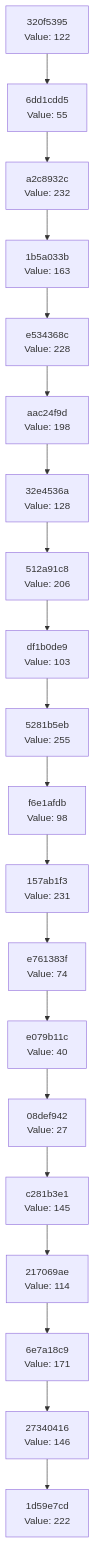
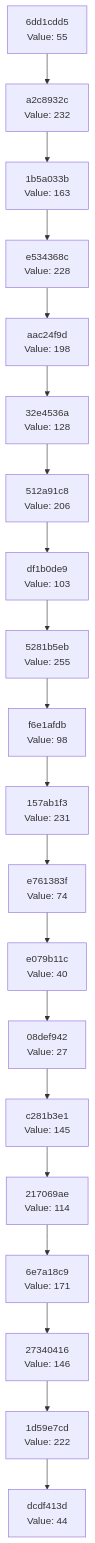
One commit to Abhisheksinha1506/hash-chain-evolver changed the diagram in docs/CHAIN_VISUALIZATION.md. Above: the diagram before and after it, drawn with Mermaid. The commit also changed 2 other files, not shown here.

Commit message:
Evolution step: hash 0x2C → action executed

````diff
--- a/docs/CHAIN_VISUALIZATION.md
+++ b/docs/CHAIN_VISUALIZATION.md
@@ -3,42 +3,42 @@
 ```mermaid
 graph TD
-    C0["1d59e7cd<br/>Value: 222"]
-    C1["27340416<br/>Value: 146"]
+    C0["dcdf413d<br/>Value: 44"]
+    C1["1d59e7cd<br/>Value: 222"]
     C1 --> C0
-    C2["6e7a18c9<br/>Value: 171"]
+    C2["27340416<br/>Value: 146"]
     C2 --> C1
-    C3["217069ae<br/>Value: 114"]
+    C3["6e7a18c9<br/>Value: 171"]
     C3 --> C2
-    C4["c281b3e1<br/>Value: 145"]
+    C4["217069ae<br/>Value: 114"]
     C4 --> C3
-    C5["08def942<br/>Value: 27"]
+    C5["c281b3e1<br/>Value: 145"]
     C5 --> C4
-    C6["e079b11c<br/>Value: 40"]
+    C6["08def942<br/>Value: 27"]
     C6 --> C5
-    C7["e761383f<br/>Value: 74"]
+    C7["e079b11c<br/>Value: 40"]
     C7 --> C6
-    C8["157ab1f3<br/>Value: 231"]
+    C8["e761383f<br/>Value: 74"]
     C8 --> C7
-    C9["f6e1afdb<br/>Value: 98"]
+    C9["157ab1f3<br/>Value: 231"]
     C9 --> C8
-    C10["5281b5eb<br/>Value: 255"]
+    C10["f6e1afdb<br/>Value: 98"]
     C10 --> C9
-    C11["df1b0de9<br/>Value: 103"]
+    C11["5281b5eb<br/>Value: 255"]
     C11 --> C10
-    C12["512a91c8<br/>Value: 206"]
+    C12["df1b0de9<br/>Value: 103"]
     C12 --> C11
-    C13["32e4536a<br/>Value: 128"]
+    C13["512a91c8<br/>Value: 206"]
     C13 --> C12
-    C14["aac24f9d<br/>Value: 198"]
+    C14["32e4536a<br/>Value: 128"]
     C14 --> C13
-    C15["e534368c<br/>Value: 228"]
+    C15["aac24f9d<br/>Value: 198"]
     C15 --> C14
-    C16["1b5a033b<br/>Value: 163"]
+    C16["e534368c<br/>Value: 228"]
     C16 --> C15
-    C17["a2c8932c<br/>Value: 232"]
+    C17["1b5a033b<br/>Value: 163"]
     C17 --> C16
-    C18["6dd1cdd5<br/>Value: 55"]
+    C18["a2c8932c<br/>Value: 232"]
     C18 --> C17
-    C19["320f5395<br/>Value: 122"]
+    C19["6dd1cdd5<br/>Value: 55"]
     C19 --> C18
 ```
````
